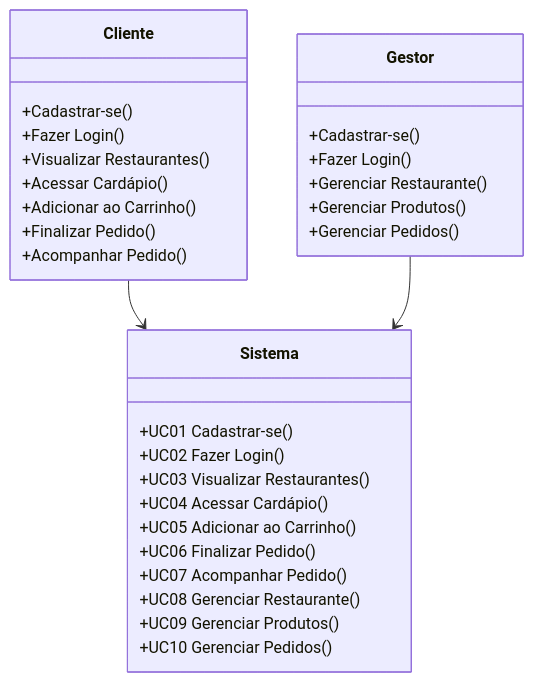
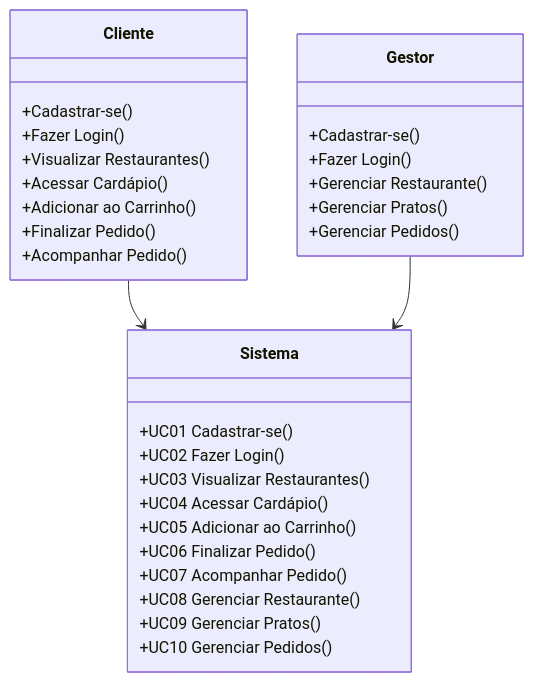
One commit to FABIOARGEL/cardapio-online changed the diagram in docs/03-casos-de-uso.md. Above: the diagram before and after it, drawn with Mermaid. The commit also changed other lines of this file and 31 other files, not shown here.

````diff
--- a/docs/03-casos-de-uso.md
+++ b/docs/03-casos-de-uso.md
@@ -18,39 +18,39 @@
 ```mermaid
 classDiagram
     %% Atores
     class Cliente {
         +Cadastrar-se()
         +Fazer Login()
         +Visualizar Restaurantes()
         +Acessar Cardápio()
         +Adicionar ao Carrinho()
         +Finalizar Pedido()
         +Acompanhar Pedido()
     }
 
     class Gestor {
         +Cadastrar-se()
         +Fazer Login()
         +Gerenciar Restaurante()
-        +Gerenciar Produtos()
+        +Gerenciar Pratos()
         +Gerenciar Pedidos()
     }
 
     %% Fronteira do Sistema
     class Sistema {
         +UC01 Cadastrar-se()
         +UC02 Fazer Login()
         +UC03 Visualizar Restaurantes()
         +UC04 Acessar Cardápio()
         +UC05 Adicionar ao Carrinho()
         +UC06 Finalizar Pedido()
         +UC07 Acompanhar Pedido()
         +UC08 Gerenciar Restaurante()
-        +UC09 Gerenciar Produtos()
+        +UC09 Gerenciar Pratos()
         +UC10 Gerenciar Pedidos()
     }
 
     %% Relacionamentos
     Cliente --> Sistema
     Gestor --> Sistema
 ```
````
